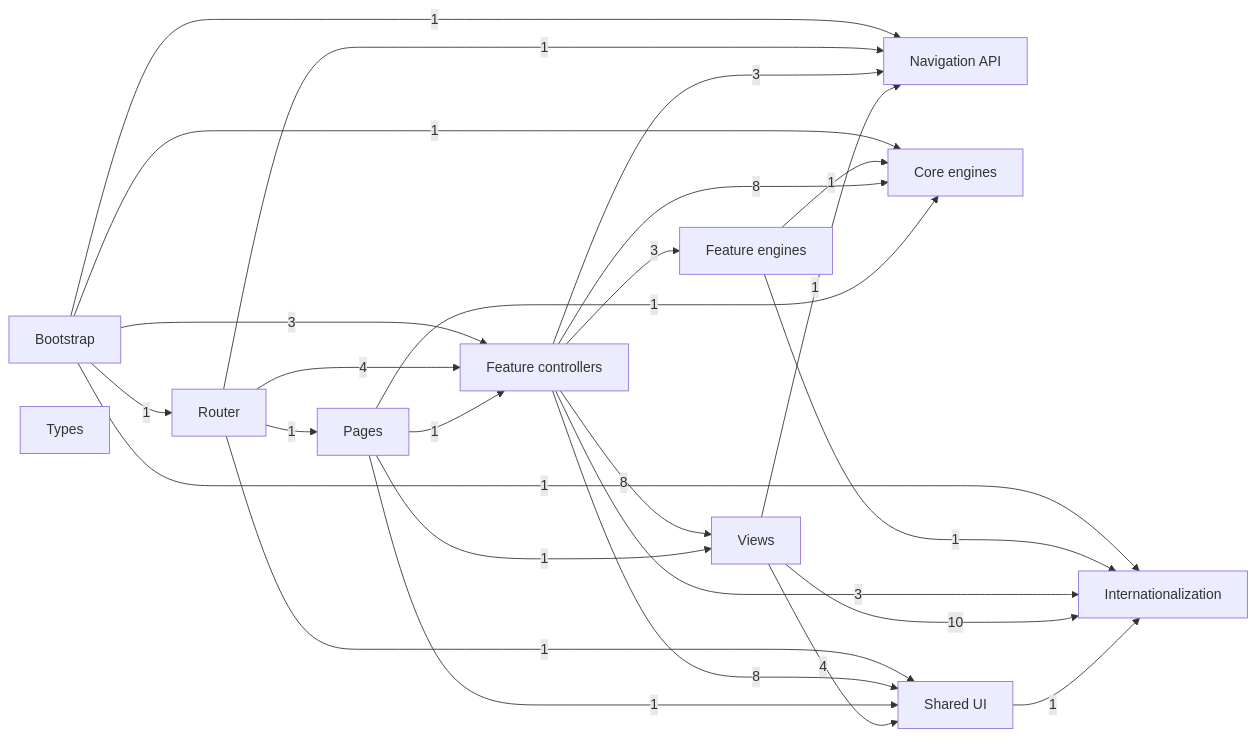
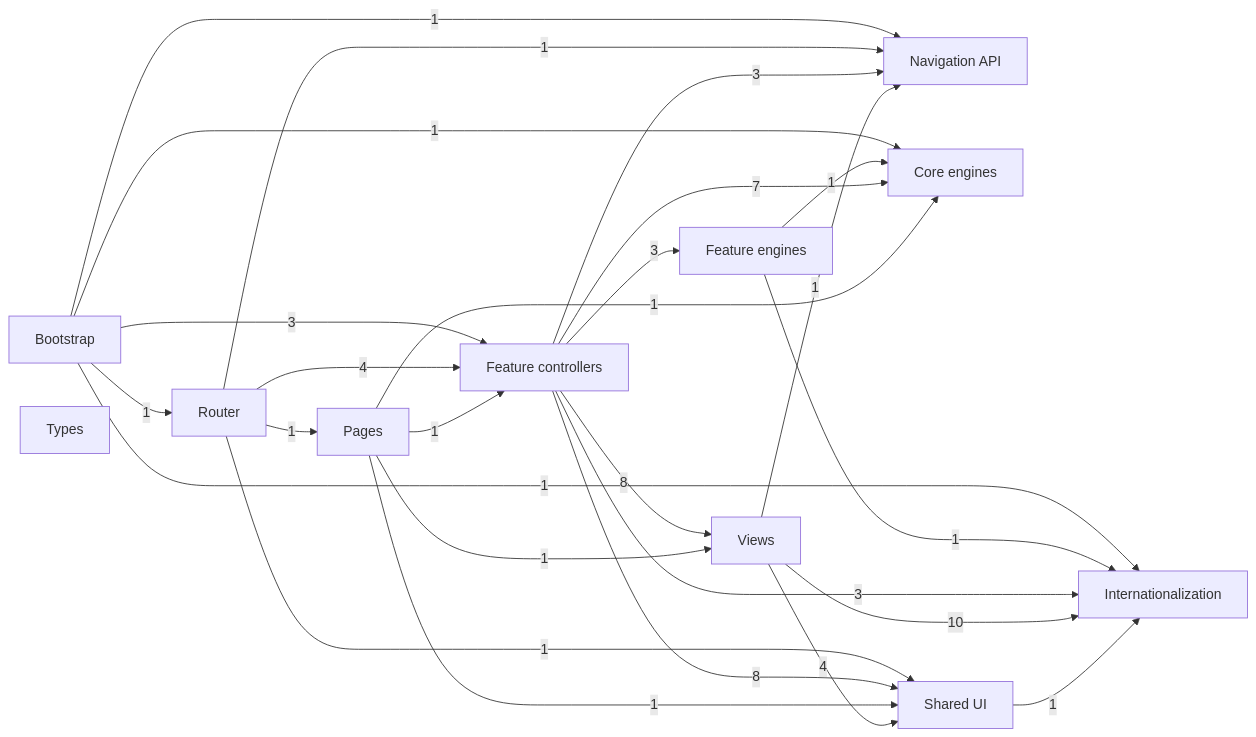
One commit to temsahak-rgb/Dino-5monde changed the first of 11 diagrams in docs/dependency-graph.md. Above: the diagram before and after it, drawn with Mermaid. The commit also changed other lines of this file and 6 other files, not shown here.

````diff
--- a/docs/dependency-graph.md
+++ b/docs/dependency-graph.md
@@ -12,39 +12,39 @@
 ```mermaid
 flowchart LR
     G0["Bootstrap"]
     G1["Router"]
     G2["Navigation API"]
     G3["Core engines"]
     G4["Feature engines"]
     G5["Feature controllers"]
     G6["Pages"]
     G7["Views"]
     G8["Shared UI"]
     G9["Internationalization"]
     G10["Types"]
     G0 -->|1| G1
     G0 -->|1| G2
     G0 -->|1| G3
     G0 -->|3| G5
     G0 -->|1| G9
     G1 -->|1| G2
     G1 -->|4| G5
     G1 -->|1| G6
     G1 -->|1| G8
     G4 -->|1| G3
     G4 -->|1| G9
     G5 -->|3| G2
-    G5 -->|8| G3
+    G5 -->|7| G3
     G5 -->|3| G4
     G5 -->|8| G7
     G5 -->|8| G8
     G5 -->|3| G9
     G6 -->|1| G3
     G6 -->|1| G5
     G6 -->|1| G7
     G6 -->|1| G8
     G7 -->|1| G2
     G7 -->|4| G8
     G7 -->|10| G9
     G8 -->|1| G9
 ```
````
